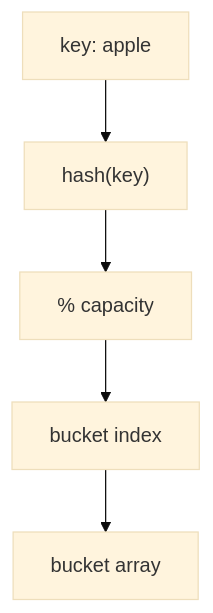
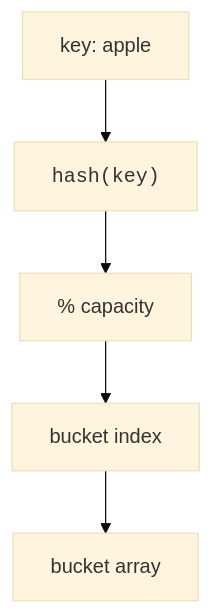
Before and after one commit to dataslope/dataslope: the first of 4 diagrams in content/learn/mastering-dsa-cpp/hash-tables.mdx, drawn with Mermaid (base theme). The commit also changed other lines of this file and 153 other files, not shown here.

First line of the commit message:
Render code-only mermaid shapes in monospace; convert step sequences to Steps

````diff
--- a/content/learn/mastering-dsa-cpp/hash-tables.mdx
+++ b/content/learn/mastering-dsa-cpp/hash-tables.mdx
@@ -10,7 +10,7 @@
 ```mermaid
 flowchart TD
-    K["key: apple"] --> H["hash(key)"]
+    K["key: apple"] --> H["<code>hash(key)</code>"]
     H --> M["% capacity"]
     M --> B["bucket index"]
     B --> A["bucket array"]
 ```
````
